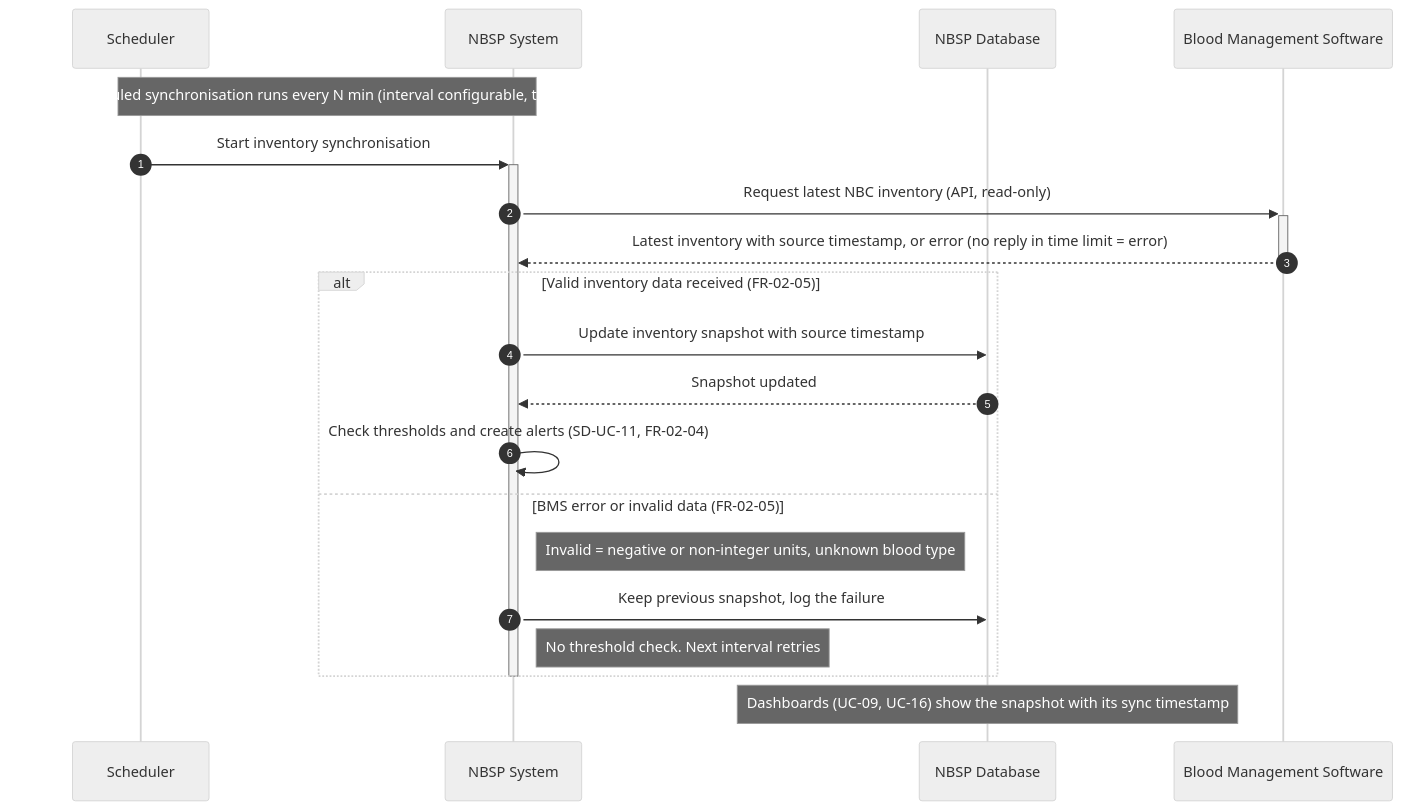
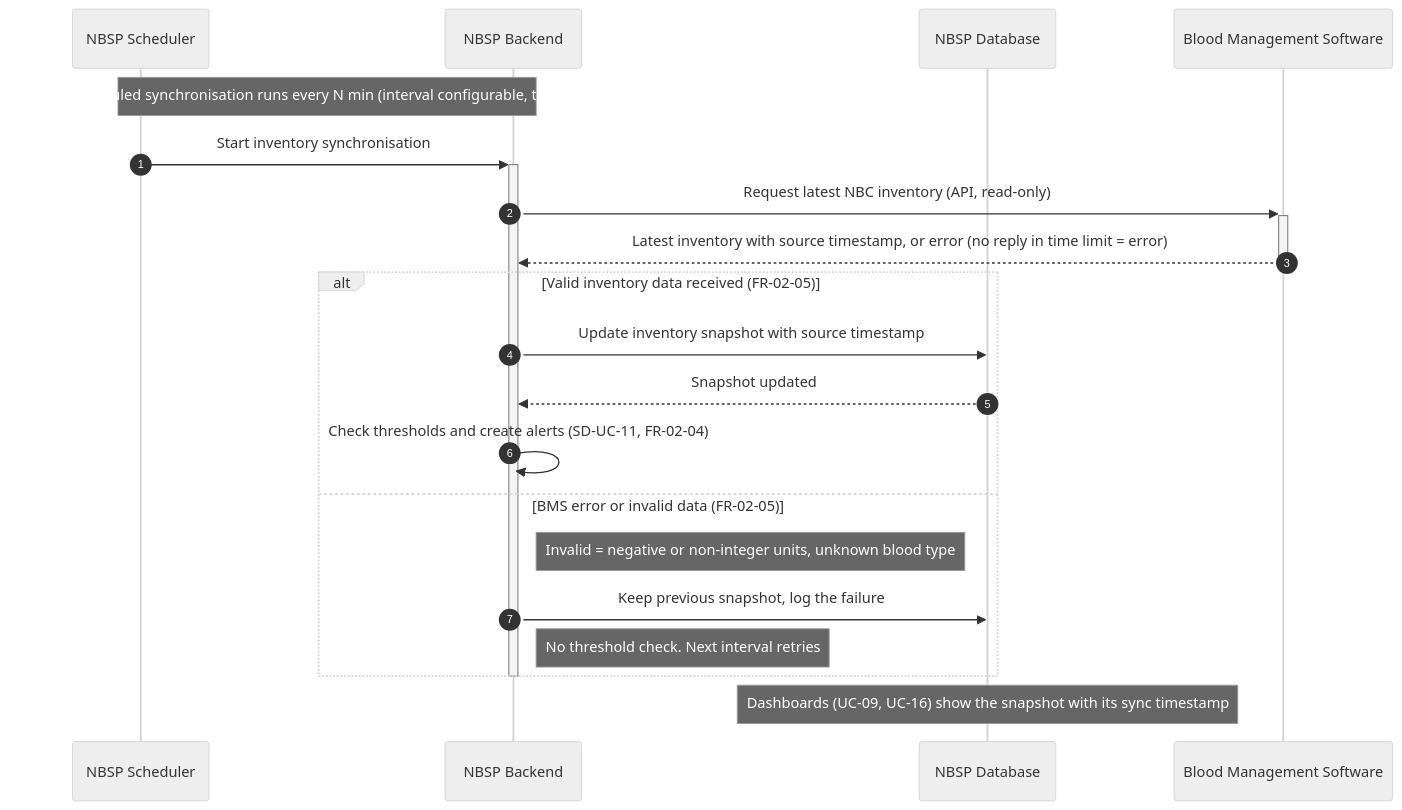
Before and after one commit to Nhan2772/DBIZ2-GROUPC-NationalBloodSupplyPlatform: the diagram in use-case/SD-UC-17.md, drawn with Mermaid (neutral theme).

````diff
--- a/use-case/SD-UC-17.md
+++ b/use-case/SD-UC-17.md
@@ -9,27 +9,27 @@
 ```mermaid
 sequenceDiagram
     autonumber
-    participant SCH as Scheduler
-    participant NBSP as NBSP System
+    participant SCH as NBSP Scheduler
+    participant NBSP as NBSP Backend
     participant DB as NBSP Database
     participant BMS as Blood Management Software
 
     Note over SCH,NBSP: Trigger - scheduled synchronisation runs every N min (interval configurable, to be confirmed)
 
     SCH->>+NBSP: Start inventory synchronisation
     NBSP->>+BMS: Request latest NBC inventory (API, read-only)
     BMS-->>-NBSP: Latest inventory with source timestamp, or error (no reply in time limit = error)
 
     alt Valid inventory data received (FR-02-05)
         NBSP->>DB: Update inventory snapshot with source timestamp
         DB-->>NBSP: Snapshot updated
         NBSP->>NBSP: Check thresholds and create alerts (SD-UC-11, FR-02-04)
     else BMS error or invalid data (FR-02-05)
         Note right of NBSP: Invalid = negative or non-integer units, unknown blood type
         NBSP->>DB: Keep previous snapshot, log the failure
         Note right of NBSP: No threshold check. Next interval retries
     end
     deactivate NBSP
 
     Note over DB: Dashboards (UC-09, UC-16) show the snapshot with its sync timestamp
 ```
````
